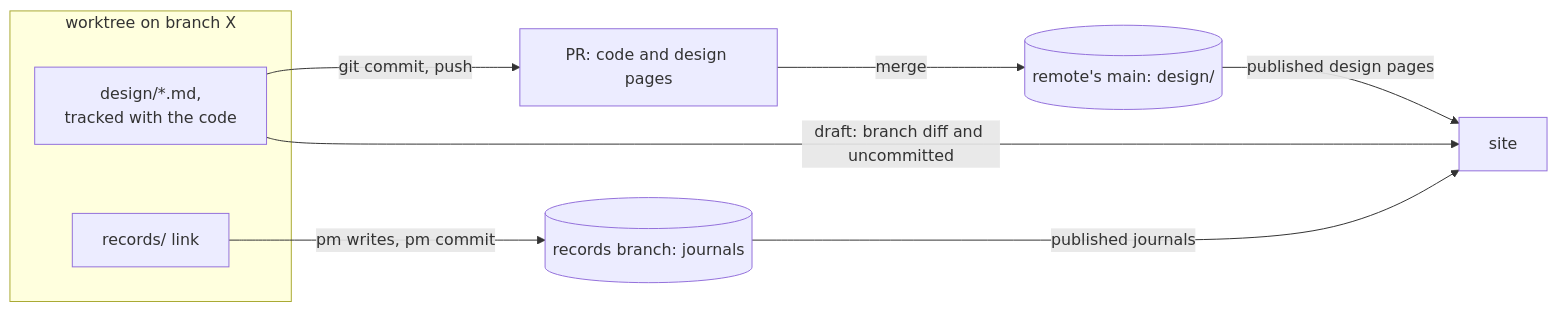
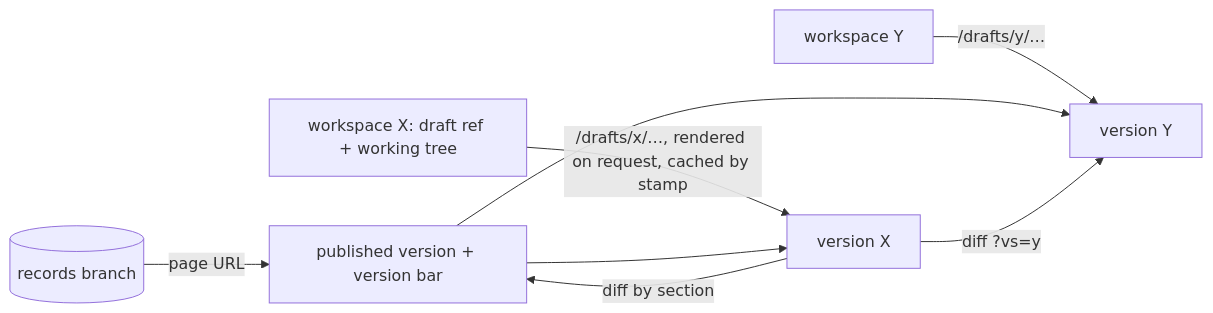
Before and after one commit to Yeeef/pm: the second of 2 diagrams in design/record-drafts.md, drawn with Mermaid. The commit also changed other lines of this file, not shown here.

Commit message:
pm-records sprint 1: record-drafts at its final state, Model A

````diff
--- a/design/record-drafts.md
+++ b/design/record-drafts.md
@@ -227,13 +146,10 @@
 ```mermaid
 flowchart LR
-  subgraph wtx["worktree on branch X"]
-    dx["design/*.md,<br/>tracked with the code"]
-    lx["records/ link"]
-  end
-  dx -->|"git commit, push"| pr["PR: code and design pages"]
-  pr -->|"merge"| main[("remote's main: design/")]
-  lx -->|"pm writes, pm commit"| rec[("records branch: journals")]
-  main -->|"published design pages"| site["site"]
-  rec -->|"published journals"| site
-  dx -->|"draft: branch diff and uncommitted"| site
+  pub[("records branch")] -->|"page URL"| page["published version + version bar"]
+  wa["workspace X: draft ref + working tree"] -->|"/drafts/x/…, rendered on request, cached by stamp"| va["version X"]
+  wb["workspace Y"] -->|"/drafts/y/…"| vb["version Y"]
+  page --> va
+  page --> vb
+  va -->|"diff by section"| page
+  va -->|"diff ?vs=y"| vb
 ```
````
